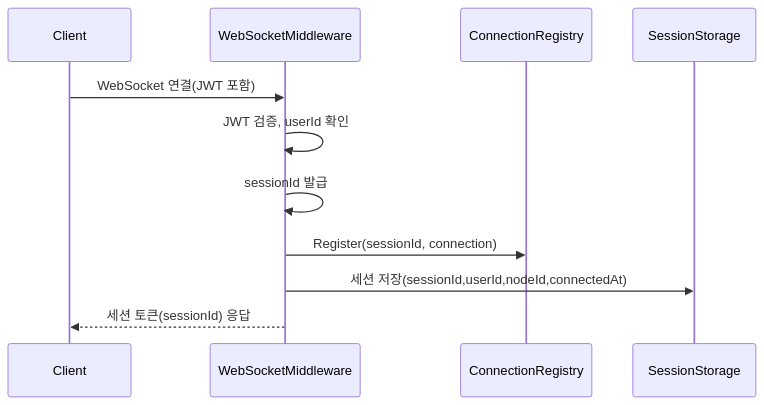
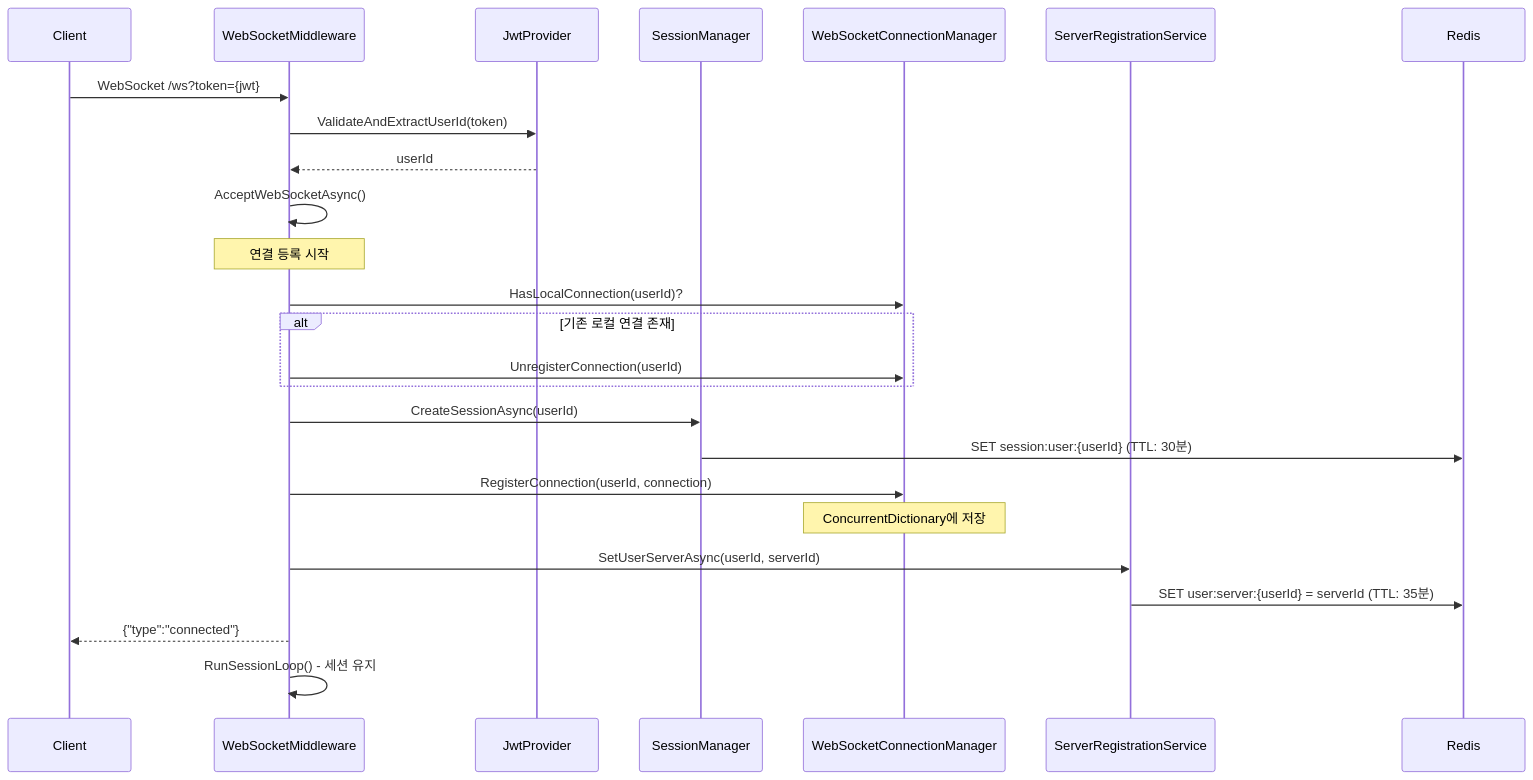
Before and after one commit to ProjectVG/ProjectVG-Server: the first of 4 diagrams in docs/architecture/websocket_connection_management.md, drawn with Mermaid. The commit also changed other lines of this file and 2 other files, not shown here.

First line of the commit message:
docs: WebSocket 및 Chat 시스템 문서 업데이트

````diff
--- a/docs/architecture/websocket_connection_management.md
+++ b/docs/architecture/websocket_connection_management.md
@@ -63,14 +110,33 @@
 ```mermaid
 sequenceDiagram
   participant Client
   participant MW as WebSocketMiddleware
-  participant Reg as ConnectionRegistry
-  participant SS as SessionStorage
+  participant JWT as JwtProvider
+  participant SM as SessionManager
+  participant Reg as WebSocketConnectionManager
+  participant SRV as ServerRegistrationService
+  participant Redis
 
-  Client->>MW: WebSocket 연결(JWT 포함)
-  MW->>MW: JWT 검증, userId 확인
-  MW->>MW: sessionId 발급
-  MW->>Reg: Register(sessionId, connection)
-  MW->>SS: 세션 저장(sessionId,userId,nodeId,connectedAt)
-  MW-->>Client: 세션 토큰(sessionId) 응답
+  Client->>MW: WebSocket /ws?token={jwt}
+  MW->>JWT: ValidateAndExtractUserId(token)
+  JWT-->>MW: userId
+  MW->>MW: AcceptWebSocketAsync()
+
+  Note over MW: 연결 등록 시작
+  MW->>Reg: HasLocalConnection(userId)?
+  alt 기존 로컬 연결 존재
+    MW->>Reg: UnregisterConnection(userId)
+  end
+
+  MW->>SM: CreateSessionAsync(userId)
+  SM->>Redis: SET session:user:{userId} (TTL: 30분)
+
+  MW->>Reg: RegisterConnection(userId, connection)
+  Note over Reg: ConcurrentDictionary에 저장
+
+  MW->>SRV: SetUserServerAsync(userId, serverId)
+  SRV->>Redis: SET user:server:{userId} = serverId (TTL: 35분)
+
+  MW-->>Client: {"type":"connected"}
+  MW->>MW: RunSessionLoop() - 세션 유지
 ```
````
